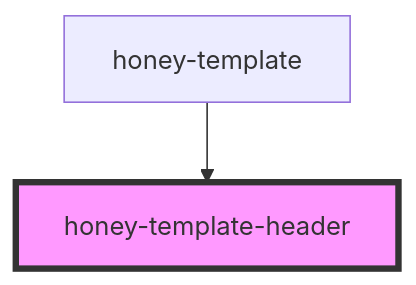
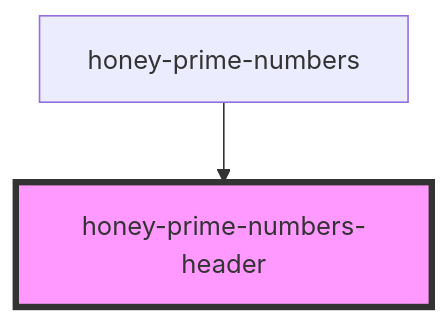
Before and after one commit to Huluvu424242/honey-prime-numbers: the diagram in src/components/honey-news/header/readme.md, drawn with Mermaid. The commit also changed other lines of this file and 23 other files, not shown here.

````diff
--- a/src/components/honey-news/header/readme.md
+++ b/src/components/honey-news/header/readme.md
@@ -15,5 +15,5 @@
 ```mermaid
 graph TD;
-  honey-template --> honey-template-header
-  style honey-template-header fill:#f9f,stroke:#333,stroke-width:4px
+  honey-prime-numbers --> honey-prime-numbers-header
+  style honey-prime-numbers-header fill:#f9f,stroke:#333,stroke-width:4px
 ```
````
